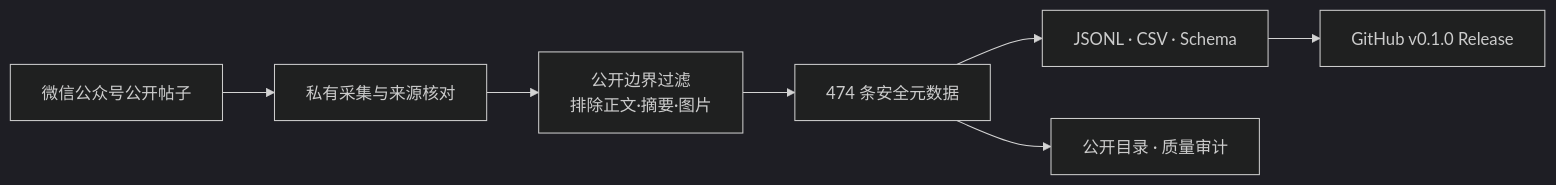
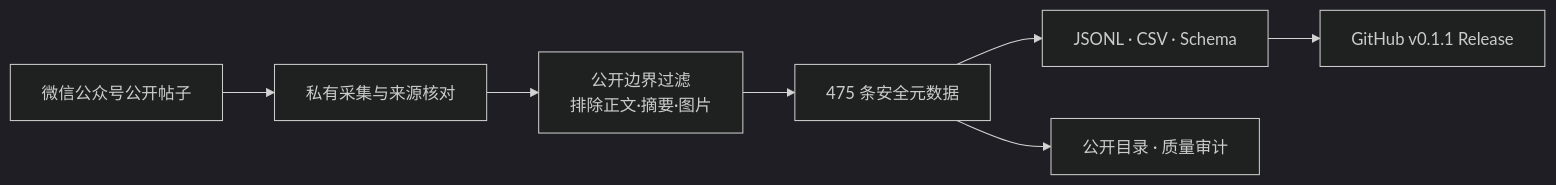
One commit to minkaiwang/dgbl-wechat-kb changed the diagram in README.md. Above: the diagram before and after it, drawn with Mermaid (dark theme). The commit also changed other lines of this file and 29 other files, not shown here.

````diff
--- a/README.md
+++ b/README.md
@@ -50,9 +51,9 @@
 ```mermaid
 flowchart LR
     A["微信公众号公开帖子"] --> B["私有采集与来源核对"]
     B --> C["公开边界过滤<br/>排除正文·摘要·图片"]
-    C --> D["474 条安全元数据"]
+    C --> D["475 条安全元数据"]
     D --> E["JSONL · CSV · Schema"]
     D --> F["公开目录 · 质量审计"]
-    E --> G["GitHub v0.1.0 Release"]
+    E --> G["GitHub v0.1.1 Release"]
 ```
````
